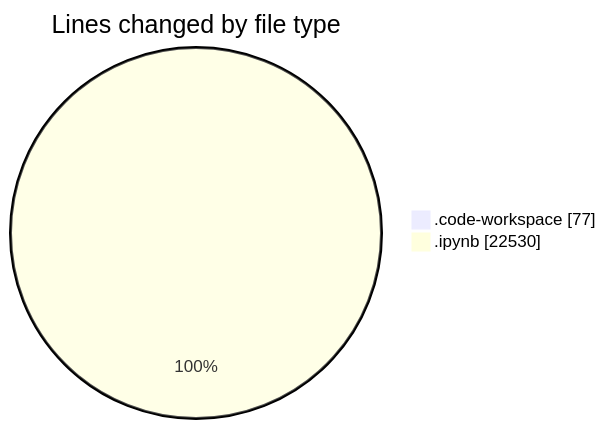
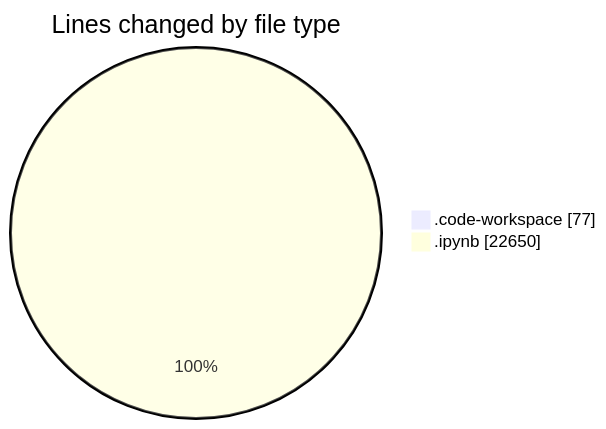
One commit to MatusMokan/code-tracking changed the first of 2 diagrams in 2025-03-14/myws__workspace_/README.md. Above: the diagram before and after it, drawn with Mermaid. The commit also changed other lines of this file and 1 other file, not shown here.

````diff
--- a/2025-03-14/myws__workspace_/README.md
+++ b/2025-03-14/myws__workspace_/README.md
@@ -22,6 +22,6 @@
 ```mermaid
 pie showData
 title Lines changed by file type
 ".code-workspace" : 77
-".ipynb" : 22530
+".ipynb" : 22650
 ```
````
